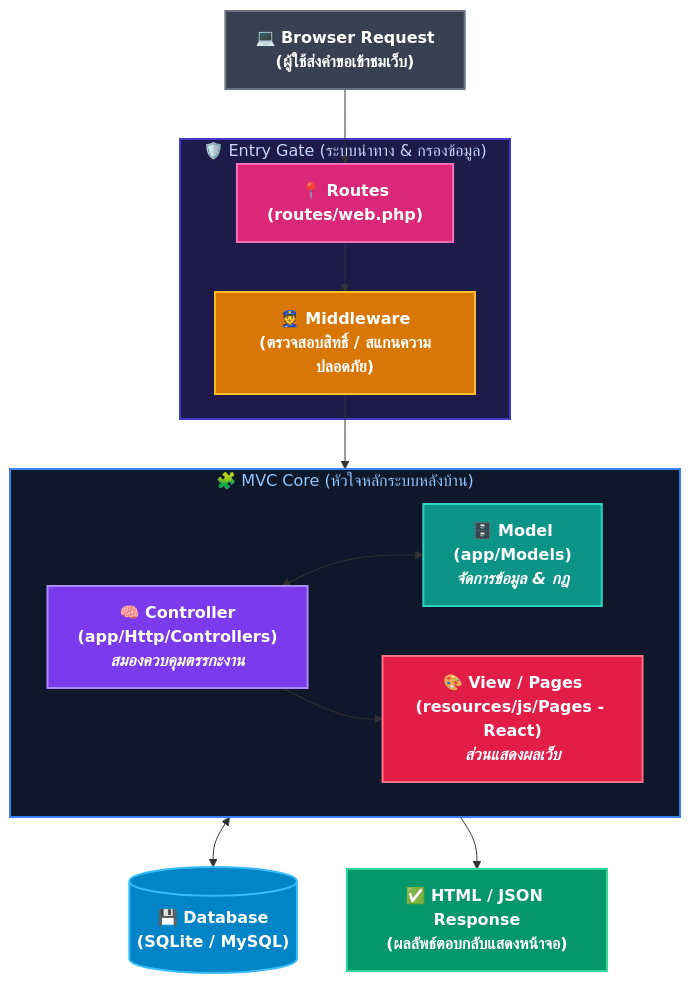
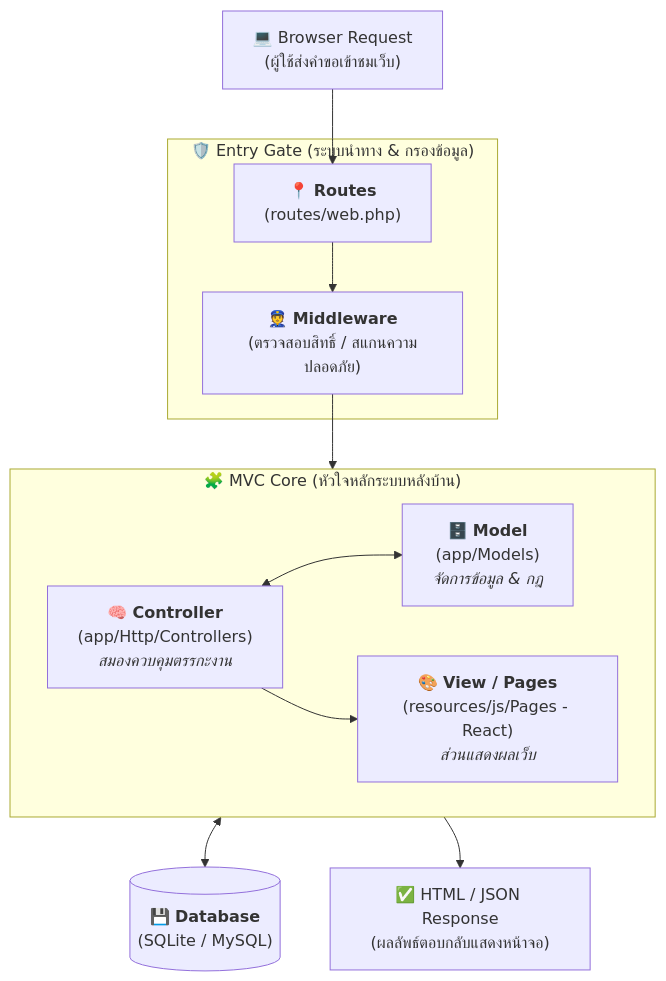
Before and after one commit to Krungsri/laravel-vibecode: the first of 8 diagrams in 01-lesson.md, drawn with Mermaid. The commit also changed other lines of this file and 3 other files, not shown here.

Commit message:
style: remove hardcoded Mermaid styles, fix overflow in requirements chart, and invert Anthropic logo in light mode

````diff
--- a/01-lesson.md
+++ b/01-lesson.md
@@ -278,50 +278,35 @@
 ```mermaid
 flowchart TD
     %% Browser Request (Top)
     U["💻 Browser Request<br>(ผู้ใช้ส่งคำขอเข้าชมเว็บ)"]
 
     %% Routing & Gatekeepers
     subgraph Gate ["🛡️ Entry Gate (ระบบนำทาง & กรองข้อมูล)"]
         R["📍 <b>Routes</b><br>(routes/web.php)"]
         M["👮 <b>Middleware</b><br>(ตรวจสอบสิทธิ์ / สแกนความปลอดภัย)"]
     end
 
     %% MVC Core Architecture (LR inside)
     subgraph MVC ["🧩 MVC Core (หัวใจหลักระบบหลังบ้าน)"]
         direction LR
         C["🧠 <b>Controller</b><br>(app/Http/Controllers)<br><i>สมองควบคุมตรรกะงาน</i>"]
         Mo["🗄️ <b>Model</b><br>(app/Models)<br><i>จัดการข้อมูล & กฎ</i>"]
         V["🎨 <b>View / Pages</b><br>(resources/js/Pages - React)<br><i>ส่วนแสดงผลเว็บ</i>"]
     end
 
     %% Database
     DB[("💾 <b>Database</b><br>(SQLite / MySQL)")]
 
     %% Response (Bottom)
     U2["✅ HTML / JSON Response<br>(ผลลัพธ์ตอบกลับแสดงหน้าจอ)"]
 
     %% Process flow
     U --> R
     R --> M
     M --> C
     C <--> Mo
     Mo <--> DB
     C --> V
     V --> U2
 
-    %% Styling
-    style Gate fill:#1e1b4b,stroke:#4338ca,stroke-width:2px,color:#c7d2fe
-    style MVC fill:#0f172a,stroke:#3b82f6,stroke-width:2px,color:#93c5fd
-
-    style U fill:#374151,stroke:#6b7280,stroke-width:2px,color:#ffffff,font-weight:bold
-    style U2 fill:#059669,stroke:#34d399,stroke-width:2px,color:#ffffff,font-weight:bold
-
-    style R fill:#db2777,stroke:#f472b6,stroke-width:2px,color:#ffffff,font-weight:bold
-    style M fill:#d97706,stroke:#fbbf24,stroke-width:2px,color:#ffffff,font-weight:bold
-
-    style C fill:#7c3aed,stroke:#a78bfa,stroke-width:2px,color:#ffffff,font-weight:bold
-    style Mo fill:#0d9488,stroke:#2dd4bf,stroke-width:2px,color:#ffffff,font-weight:bold
-    style V fill:#e11d48,stroke:#fb7185,stroke-width:2px,color:#ffffff,font-weight:bold
-
-    style DB fill:#0284c7,stroke:#38bdf8,stroke-width:2px,color:#ffffff,font-weight:bold
 ```
````
